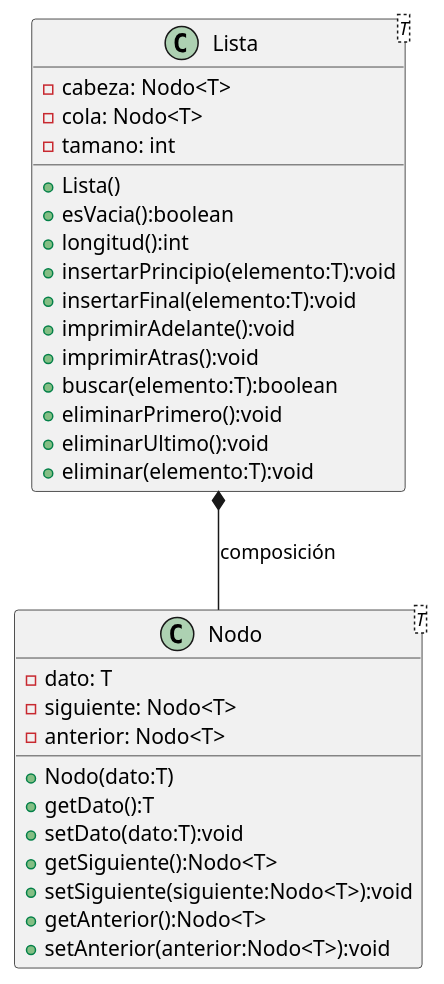
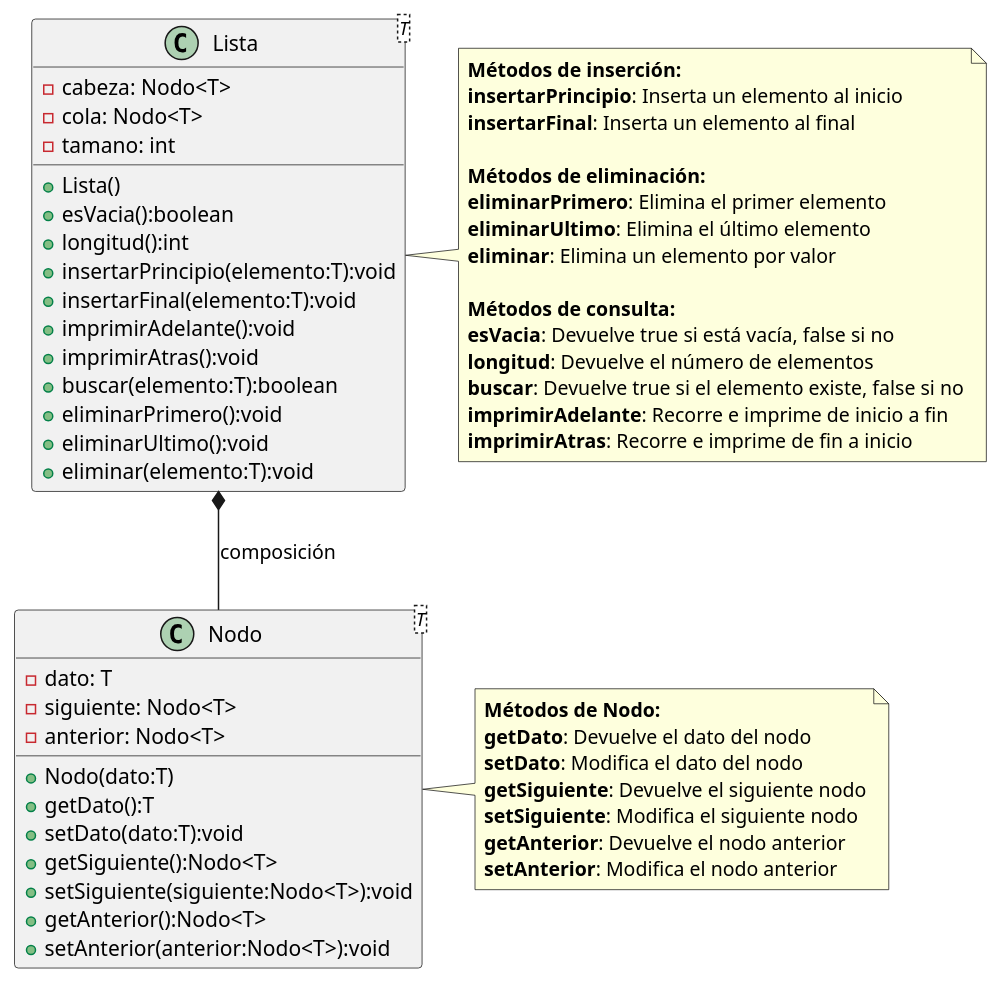
One commit to hugob-gl07/Estructura-Datos-Equipo changed the diagram in src/EstructurasdeDatos/LDE/Listarrays/Diagrama Lista.puml. Above: the diagram before and after it, drawn with PlantUML. The commit also changed 12 other files, not shown here.

Commit message:
Cambios en los diagrama ULM

```diff
--- a/src/EstructurasdeDatos/LDE/Listarrays/Diagrama Lista.puml
+++ b/src/EstructurasdeDatos/LDE/Listarrays/Diagrama Lista.puml
@@ -1,31 +1,63 @@
 @startuml
+
 class Lista<T> {
     - cabeza: Nodo<T>
     - cola: Nodo<T>
     - tamano: int
     + Lista()
     + esVacia():boolean
     + longitud():int
     + insertarPrincipio(elemento:T):void
     + insertarFinal(elemento:T):void
     + imprimirAdelante():void
     + imprimirAtras():void
     + buscar(elemento:T):boolean
     + eliminarPrimero():void
     + eliminarUltimo():void
     + eliminar(elemento:T):void
 }
+
 class Nodo<T> {
     - dato: T
     - siguiente: Nodo<T>
     - anterior: Nodo<T>
     + Nodo(dato:T)
     + getDato():T
     + setDato(dato:T):void
     + getSiguiente():Nodo<T>
     + setSiguiente(siguiente:Nodo<T>):void
     + getAnterior():Nodo<T>
     + setAnterior(anterior:Nodo<T>):void
 }
+
 Lista *-- Nodo : composición
+
+note right of Lista
+**Métodos de inserción:**
+**insertarPrincipio**: Inserta un elemento al inicio
+**insertarFinal**: Inserta un elemento al final
+
+**Métodos de eliminación:**
+**eliminarPrimero**: Elimina el primer elemento
+**eliminarUltimo**: Elimina el último elemento
+**eliminar**: Elimina un elemento por valor
+
+**Métodos de consulta:**
+**esVacia**: Devuelve true si está vacía, false si no
+**longitud**: Devuelve el número de elementos
+**buscar**: Devuelve true si el elemento existe, false si no
+**imprimirAdelante**: Recorre e imprime de inicio a fin
+**imprimirAtras**: Recorre e imprime de fin a inicio
+end note
+
+note right of Nodo
+**Métodos de Nodo:**
+**getDato**: Devuelve el dato del nodo
+**setDato**: Modifica el dato del nodo
+**getSiguiente**: Devuelve el siguiente nodo
+**setSiguiente**: Modifica el siguiente nodo
+**getAnterior**: Devuelve el nodo anterior
+**setAnterior**: Modifica el nodo anterior
+end note
+
 @enduml
```
